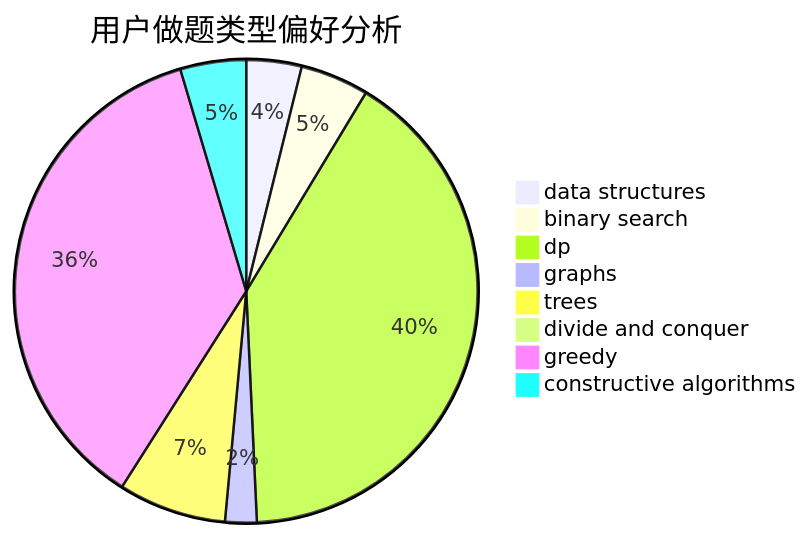
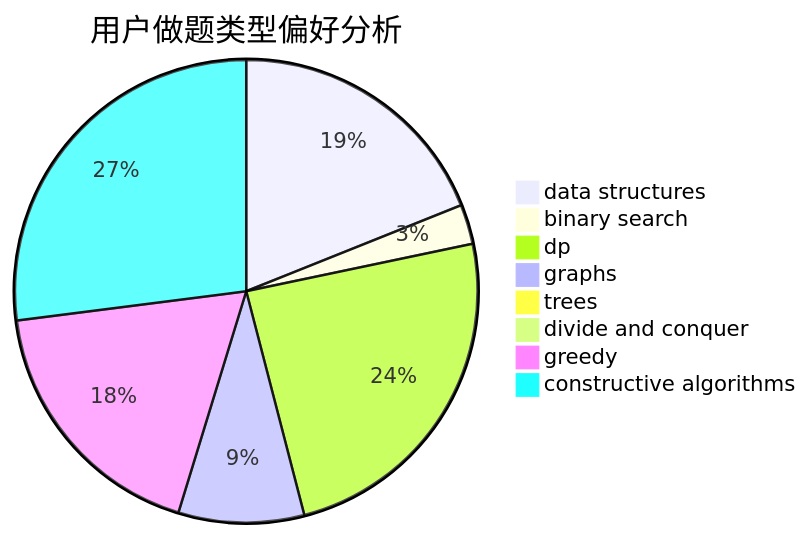
One commit to sherpahu/cfrs.github.io changed the second of 3 diagrams in docs/user/u2676.md. Above: the diagram before and after it, drawn with Mermaid. The commit also changed other lines of this file and 2770 other files, not shown here.

````diff
--- a/docs/user/u2676.md
+++ b/docs/user/u2676.md
@@ -23,11 +23,11 @@
 ```mermaid
 pie title 用户做题类型偏好分析
-    "data structures" :  21
-    "binary search" :  26
-    "dp" :  221
-    "graphs" :  12
-    "trees" :  41
-    "divide and conquer" :  4
-    "greedy" :  198
-    "constructive algorithms" :  25
+    "data structures" :  82
+    "binary search" :  12
+    "dp" :  105
+    "graphs" :  38
+    "trees" :  3
+    "divide and conquer" :  0
+    "greedy" :  79
+    "constructive algorithms" :  117
 ```
````
